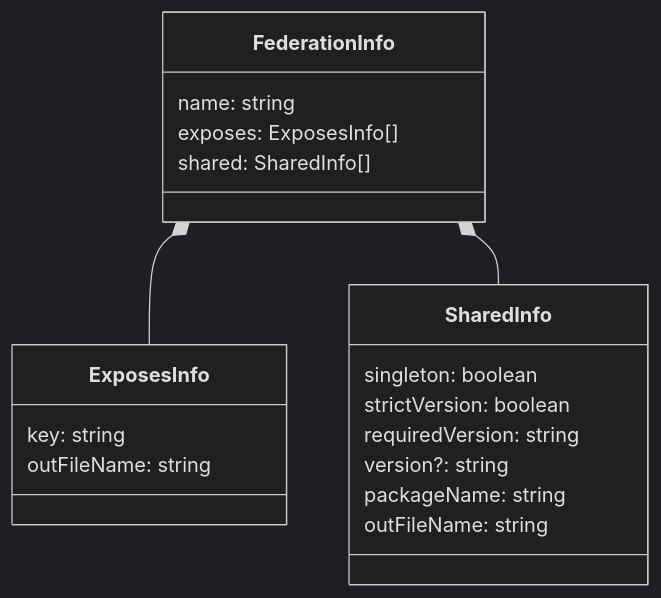
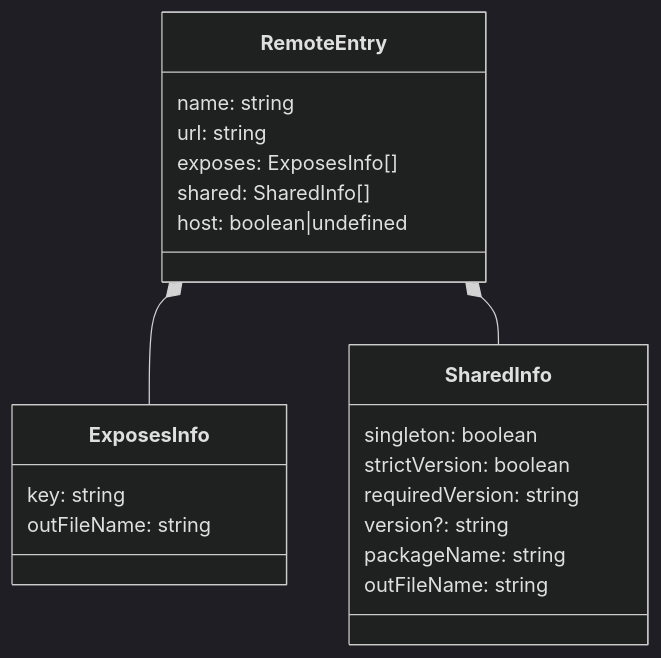
One commit to topicusonderwijs/vanilla-native-federation changed the diagram in docs/domain/remote-entry.md. Above: the diagram before and after it, drawn with Mermaid (dark theme). The commit also changed 4 other files, not shown here.

````diff
--- a/docs/domain/remote-entry.md
+++ b/docs/domain/remote-entry.md
@@ -8,23 +8,25 @@
 ```mermaid
 classDiagram
-    FederationInfo *-- ExposesInfo
-    FederationInfo *-- SharedInfo
+    RemoteEntry *-- ExposesInfo
+    RemoteEntry *-- SharedInfo
 
-    class FederationInfo {
+    class RemoteEntry {
         name: string
+        url: string
         exposes: ExposesInfo[]
         shared: SharedInfo[]
+        host: boolean|undefined
     }
     class ExposesInfo{
         key: string
         outFileName: string
     }
     class SharedInfo{
         singleton: boolean
         strictVersion: boolean
         requiredVersion: string
         version?: string
         packageName: string
         outFileName: string
     }
 ```
````
